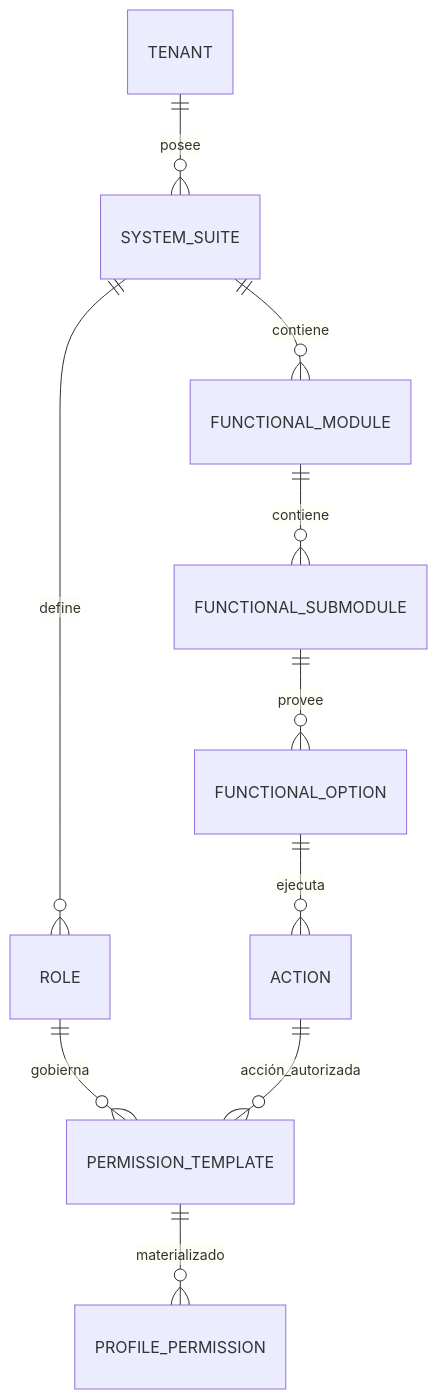
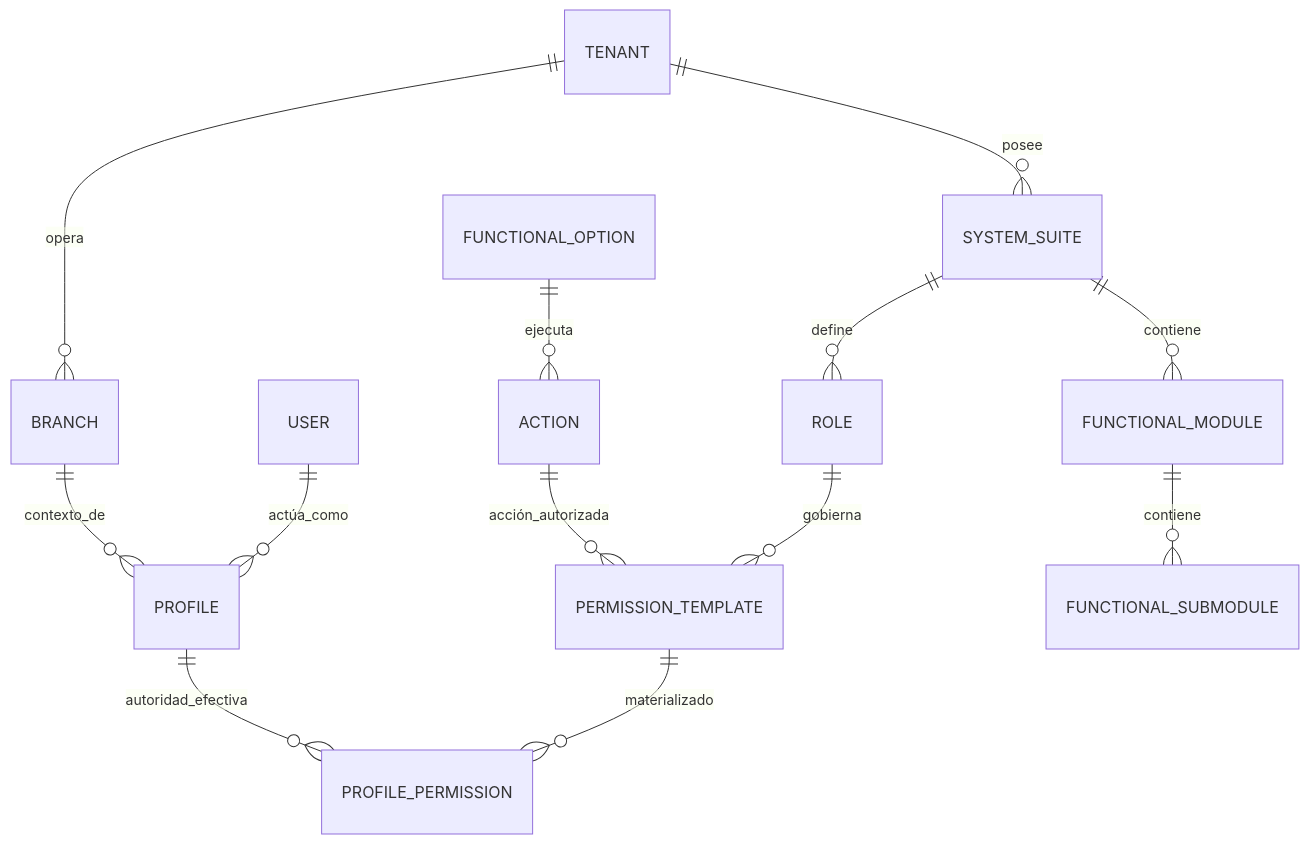
One commit to beyondnetcode/ums changed the first of 3 diagrams in architecture/blueprints-es/database-design-er.md. Above: the diagram before and after it, drawn with Mermaid. The commit also changed other lines of this file and 2 other files, not shown here.

Commit message:
fix(auth): restore BRANCH context to PROFILE entity ensuring location-based permission overrides

````diff
--- a/architecture/blueprints-es/database-design-er.md
+++ b/architecture/blueprints-es/database-design-er.md
@@ -27,15 +27,19 @@
 ```mermaid
 erDiagram
     TENANT ||--o{ SYSTEM_SUITE : "posee"
+    TENANT ||--o{ BRANCH : "opera"
     SYSTEM_SUITE ||--o{ ROLE : "define"
     SYSTEM_SUITE ||--o{ FUNCTIONAL_MODULE : "contiene"
     
     ROLE ||--o{ PERMISSION_TEMPLATE : "gobierna"
     PERMISSION_TEMPLATE ||--o{ PROFILE_PERMISSION : "materializado"
     
+    USER ||--o{ PROFILE : "actúa_como"
+    BRANCH ||--o{ PROFILE : "contexto_de"
+    PROFILE ||--o{ PROFILE_PERMISSION : "autoridad_efectiva"
+    
     FUNCTIONAL_MODULE ||--o{ FUNCTIONAL_SUBMODULE : "contiene"
-    FUNCTIONAL_SUBMODULE ||--o{ FUNCTIONAL_OPTION : "provee"
     FUNCTIONAL_OPTION ||--o{ ACTION : "ejecuta"
     
     ACTION ||--o{ PERMISSION_TEMPLATE : "acción_autorizada"
 ```
````
